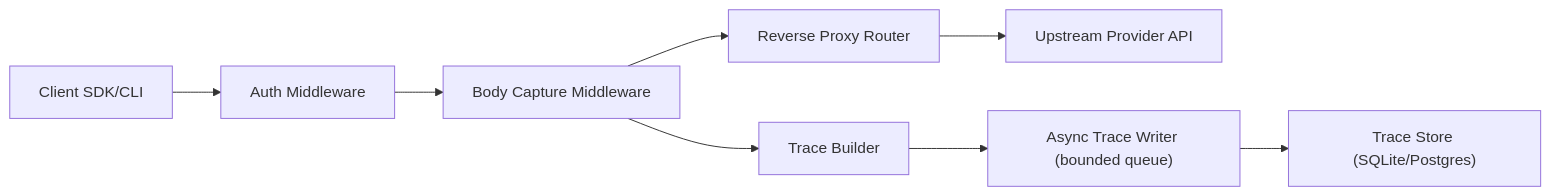
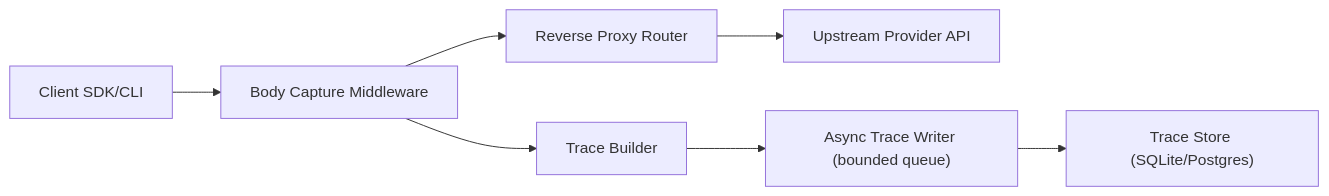
Before and after one commit to haicP/gateway: the diagram in README.md, drawn with Mermaid. The commit also changed other lines of this file and 72 other files, not shown here.

````diff
--- a/README.md
+++ b/README.md
@@ -125,10 +104,9 @@
 ```mermaid
 flowchart LR
-    A["Client SDK/CLI"] --> B["Auth Middleware"]
-    B --> C["Body Capture Middleware"]
-    C --> D["Reverse Proxy Router"]
-    D --> E["Upstream Provider API"]
-    C --> F["Trace Builder"]
+    A["Client SDK/CLI"] --> B["Body Capture Middleware"]
+    B --> C["Reverse Proxy Router"]
+    C --> D["Upstream Provider API"]
+    B --> F["Trace Builder"]
     F --> G["Async Trace Writer (bounded queue)"]
     G --> H["Trace Store (SQLite/Postgres)"]
 ```
````
